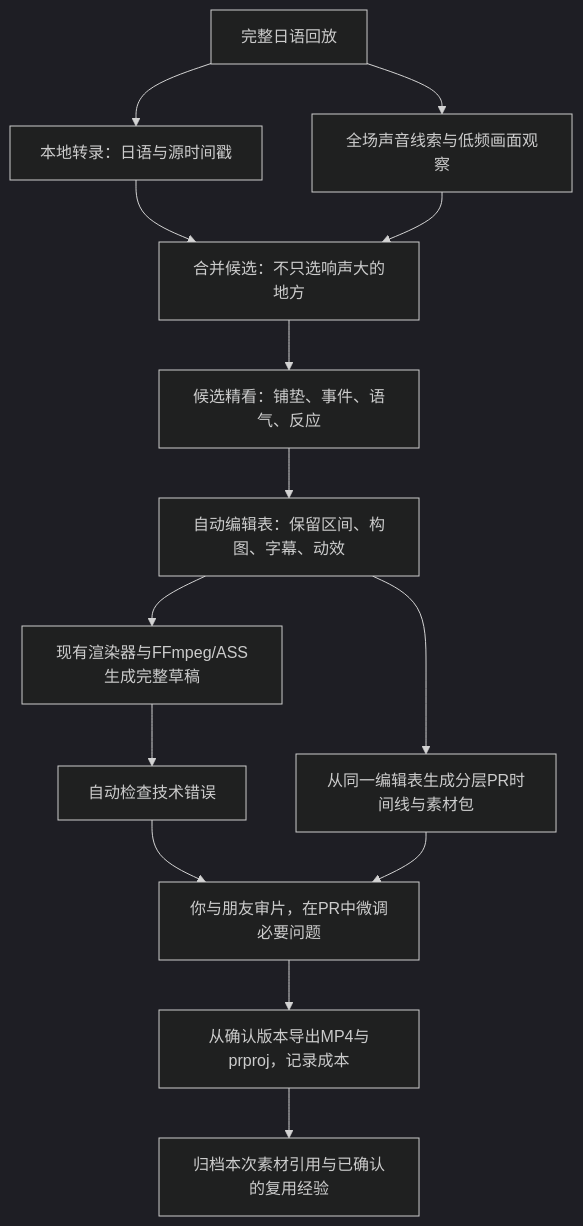
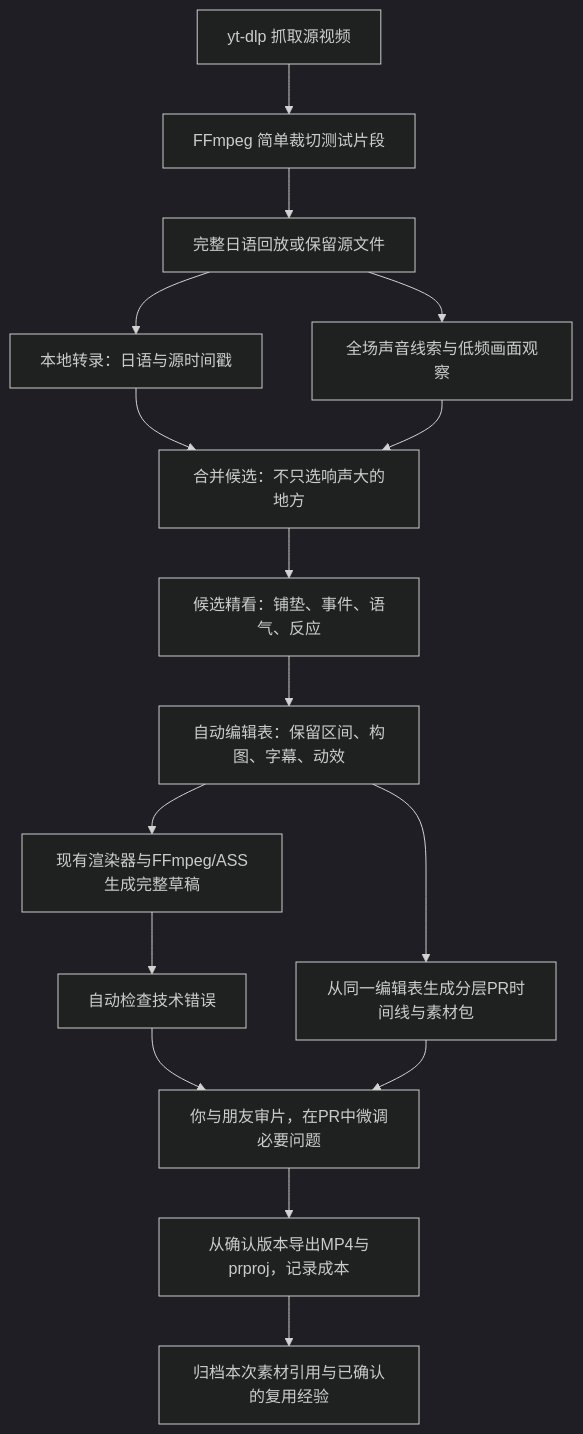
One commit to VonLan233/KuroCut changed the diagram in docs/superpowers/plans/2026-09-16-kurocut-master-plan.md. Above: the diagram before and after it, drawn with Mermaid (dark theme). The commit also changed other lines of this file and 1 other file, not shown here.

Commit message:
docs: include yt-dlp source acquisition workflow

````diff
--- a/docs/superpowers/plans/2026-09-16-kurocut-master-plan.md
+++ b/docs/superpowers/plans/2026-09-16-kurocut-master-plan.md
@@ -36,16 +36,18 @@
 ```mermaid
 flowchart TD
-    A[完整日语回放] --> B[本地转录：日语与源时间戳]
+    S[yt-dlp 抓取源视频] --> T[FFmpeg 简单裁切测试片段]
+    T --> A[完整日语回放或保留源文件]
+    A --> B[本地转录：日语与源时间戳]
     A --> C[全场声音线索与低频画面观察]
     B --> D[合并候选：不只选响声大的地方]
     C --> D
     D --> E[候选精看：铺垫、事件、语气、反应]
     E --> F[自动编辑表：保留区间、构图、字幕、动效]
     F --> G[现有渲染器与FFmpeg/ASS生成完整草稿]
     F --> P[从同一编辑表生成分层PR时间线与素材包]
     G --> H[自动检查技术错误]
     H --> I[你与朋友审片，在PR中微调必要问题]
     P --> I
     I --> J[从确认版本导出MP4与prproj，记录成本]
     J --> K[归档本次素材引用与已确认的复用经验]
 ```
````
